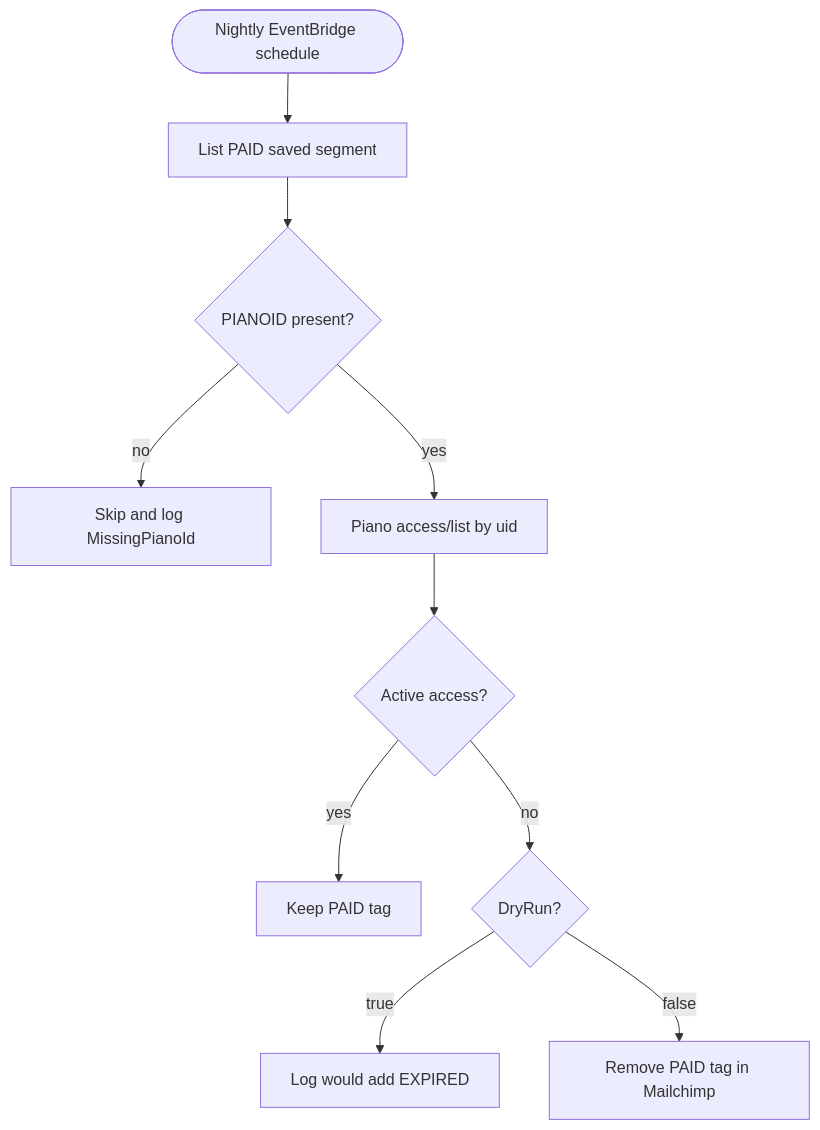
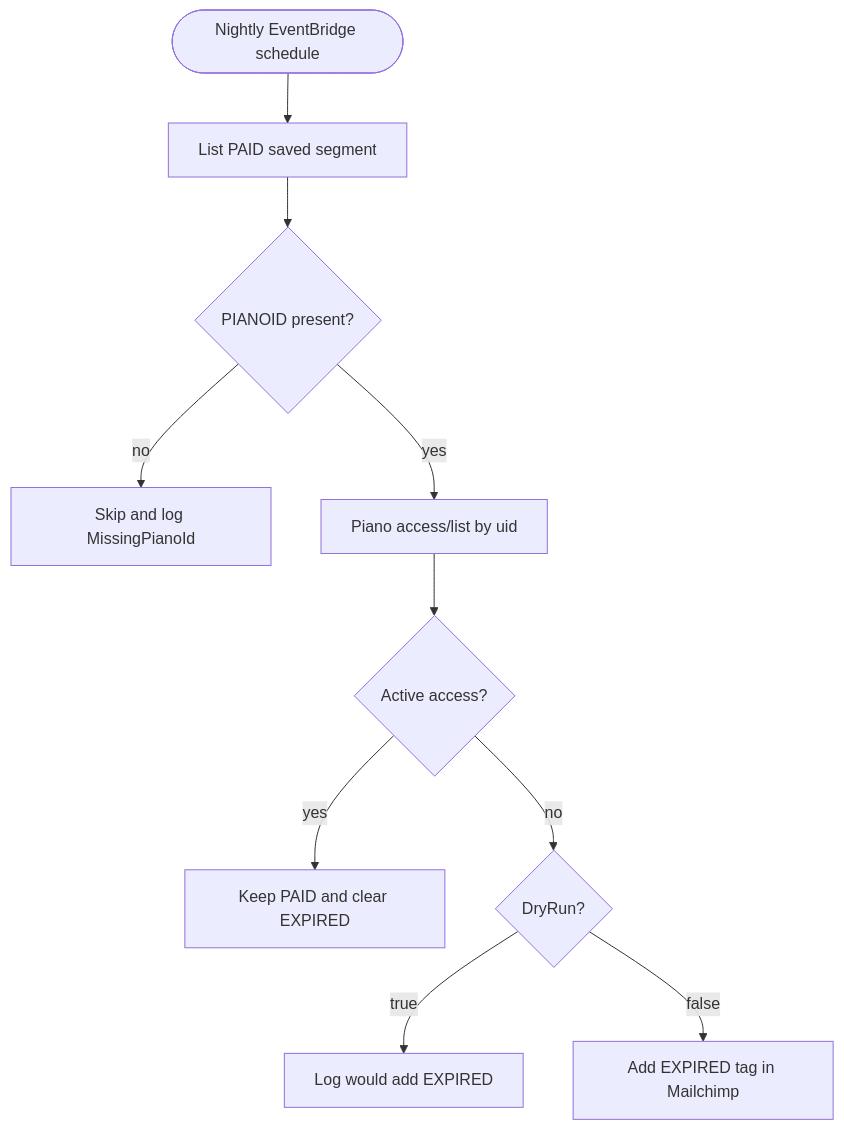
Before and after one commit to Foresight-News/piano-mailchimp-webhook: the fourth of 5 diagrams in ARCHITECTURE.md, drawn with Mermaid. The commit also changed other lines of this file and 3 other files, not shown here.

First line of the commit message:
Introduce 'EXPIRED' tag for lapsed Mailchimp paid access

````diff
--- a/ARCHITECTURE.md
+++ b/ARCHITECTURE.md
@@ -68,12 +69,12 @@
 ```mermaid
 flowchart TD
     Schedule([Nightly EventBridge schedule]) --> List[List PAID saved segment]
     List --> HasPianoId{PIANOID present?}
     HasPianoId -->|no| Skip[Skip and log MissingPianoId]
     HasPianoId -->|yes| Check[Piano access/list by uid]
     Check --> Active{Active access?}
-    Active -->|yes| Keep[Keep PAID tag]
+    Active -->|yes| Keep[Keep PAID and clear EXPIRED]
     Active -->|no| DryRun{DryRun?}
     DryRun -->|true| WouldExpire[Log would add EXPIRED]
-    DryRun -->|false| Remove[Remove PAID tag in Mailchimp]
+    DryRun -->|false| Expire[Add EXPIRED tag in Mailchimp]
 ```
````
